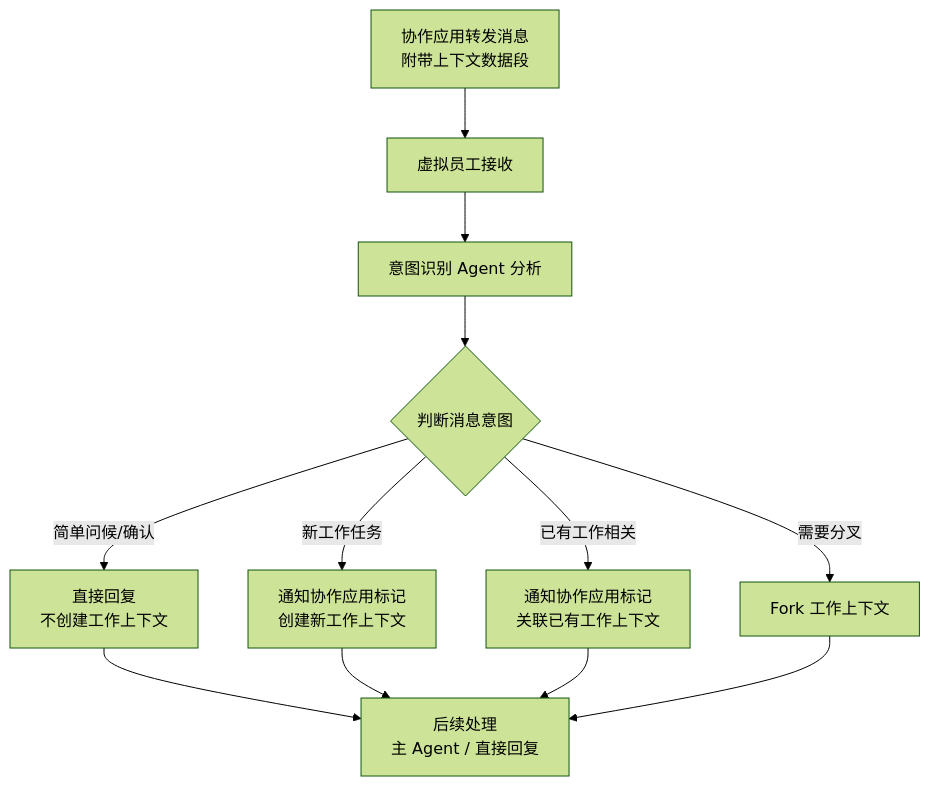
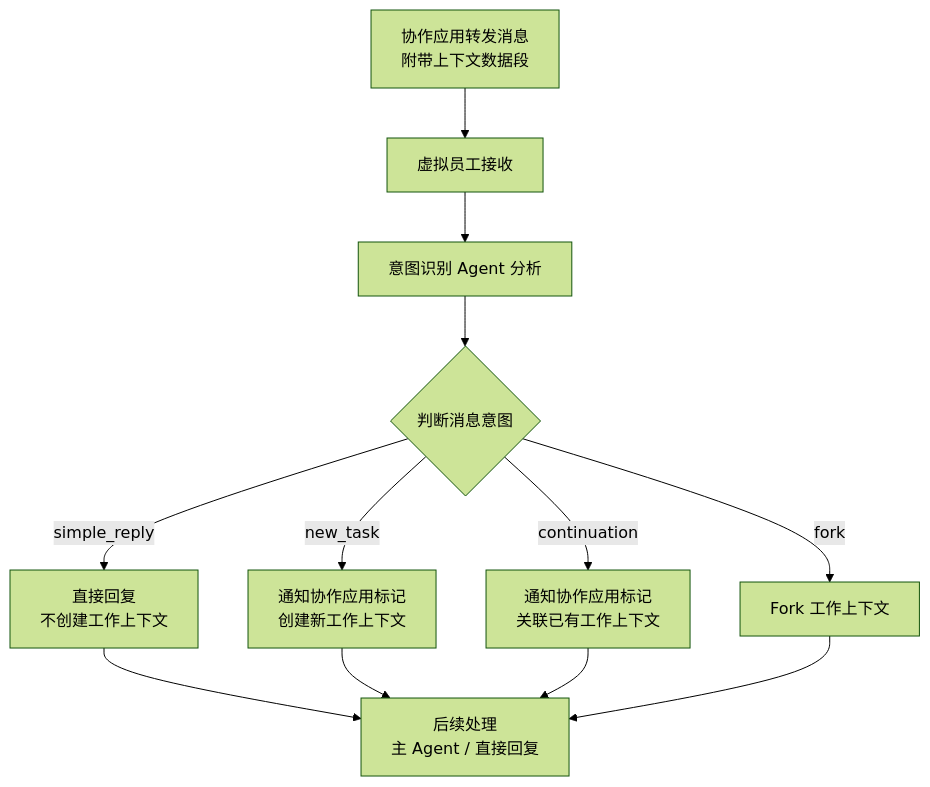
One commit to chongyi/virtual-team-architecture changed the first of 3 diagrams in virtual-team/src/06-message-and-work-context.md. Above: the diagram before and after it, drawn with Mermaid (forest theme). The commit also changed other lines of this file and 5 other files, not shown here.

````diff
--- a/virtual-team/src/06-message-and-work-context.md
+++ b/virtual-team/src/06-message-and-work-context.md
@@ -27,14 +27,14 @@
 ```mermaid
 flowchart TD
     A[协作应用转发消息<br/>附带上下文数据段]
     A --> B[虚拟员工接收]
     B --> C[意图识别 Agent 分析]
 
     C --> D{判断消息意图}
-    D -->|简单问候/确认| E[直接回复<br/>不创建工作上下文]
-    D -->|新工作任务| F[通知协作应用标记<br/>创建新工作上下文]
-    D -->|已有工作相关| G[通知协作应用标记<br/>关联已有工作上下文]
-    D -->|需要分叉| H[Fork 工作上下文]
+    D -->|simple_reply| E[直接回复<br/>不创建工作上下文]
+    D -->|new_task| F[通知协作应用标记<br/>创建新工作上下文]
+    D -->|continuation| G[通知协作应用标记<br/>关联已有工作上下文]
+    D -->|fork| H[Fork 工作上下文]
 
     E & F & G & H --> I[后续处理<br/>主 Agent / 直接回复]
 ```
````
